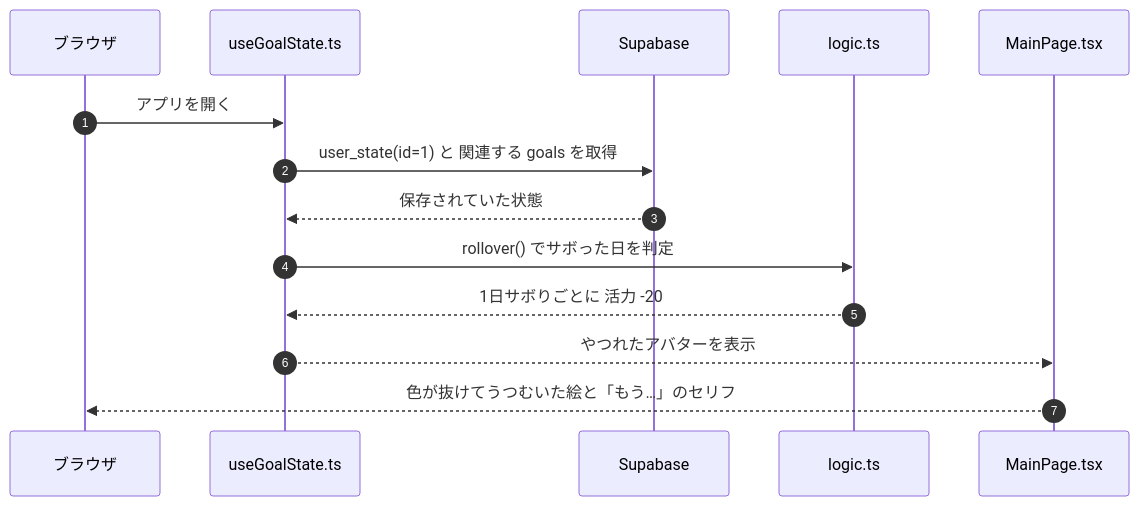
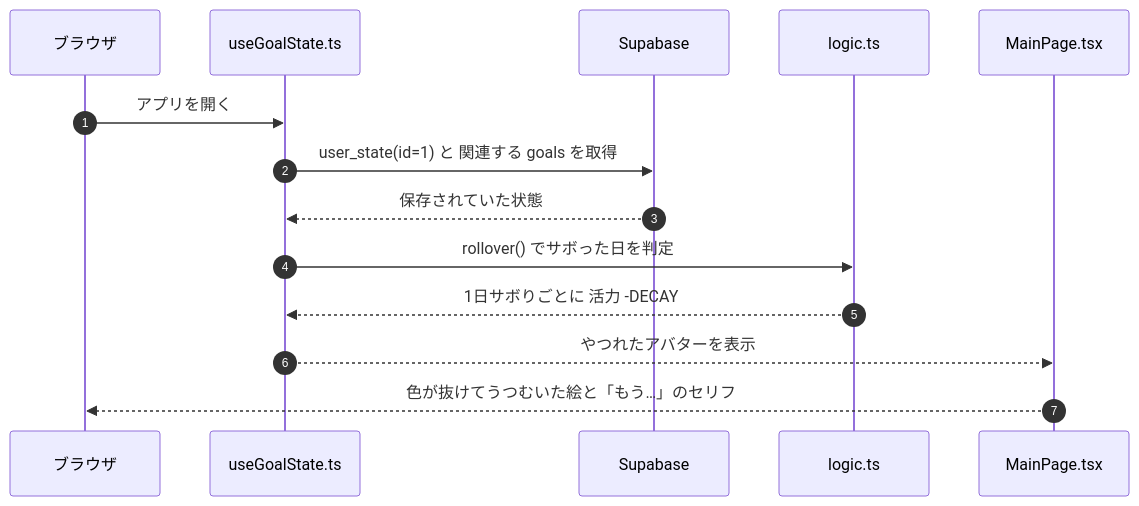
One commit to kuramochi703/keep-motivation-app changed the fifth of 6 diagrams in ARCHITECTURE.md. Above: the diagram before and after it, drawn with Mermaid. The commit also changed other lines of this file and 2 other files, not shown here.

````diff
--- a/ARCHITECTURE.md
+++ b/ARCHITECTURE.md
@@ -226,17 +228,17 @@
 ```mermaid
 sequenceDiagram
     autonumber
     participant B as ブラウザ
     participant G as useGoalState.ts
     participant S as Supabase
     participant L as logic.ts
     participant M as MainPage.tsx
 
     B->>G: アプリを開く
     G->>S: user_state(id=1) と 関連する goals を取得
     S-->>G: 保存されていた状態
     G->>L: rollover() でサボった日を判定
-    L-->>G: 1日サボりごとに 活力 -20
+    L-->>G: 1日サボりごとに 活力 -DECAY
     G-->>M: やつれたアバターを表示
     M-->>B: 色が抜けてうつむいた絵と「もう…」のセリフ
 ```
````
